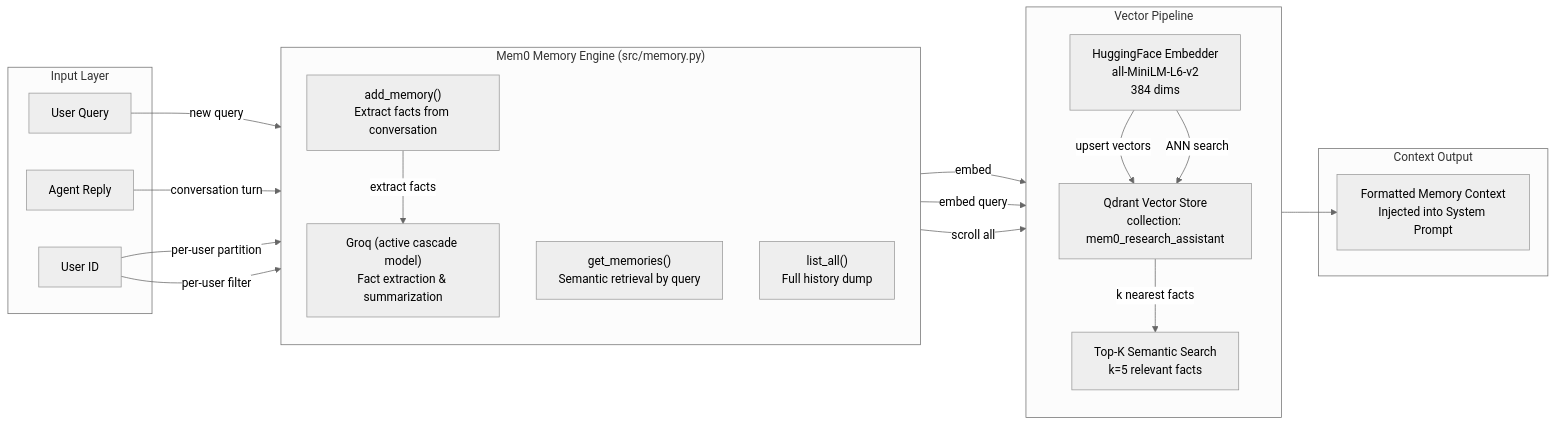
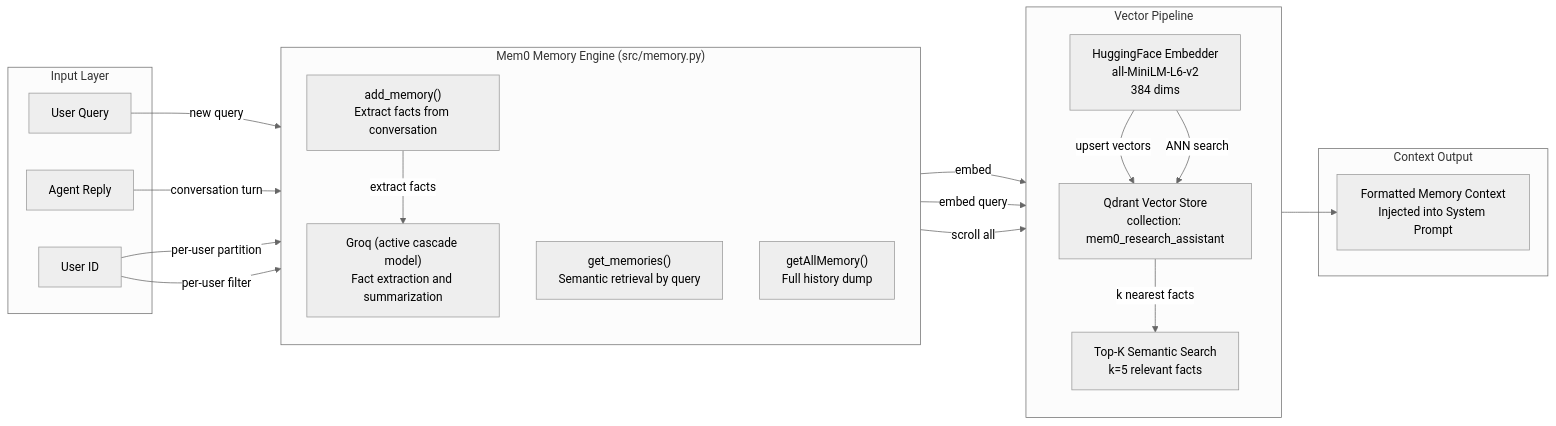
The fifth of 7 diagrams in readme.md (HAMZOO0/personal-research-agent), drawn with Mermaid (neutral theme) before and after one commit. The commit also changed other lines of this file and 19 other files, not shown here.

````diff
--- a/readme.md
+++ b/readme.md
@@ -274,43 +441,43 @@
 ```mermaid
 flowchart LR
     subgraph Input ["Input Layer"]
         Query["User Query"]
         Reply["Agent Reply"]
         UID["User ID"]
     end
 
     subgraph Mem0 ["Mem0 Memory Engine  (src/memory.py)"]
         direction TB
         AddMem["add_memory()\nExtract facts from conversation"]
         GetMem["get_memories()\nSemantic retrieval by query"]
-        ListMem["list_all()\nFull history dump"]
-        LLMExtract["Groq (active cascade model)\nFact extraction & summarization"]
+        ListMem["getAllMemory()\nFull history dump"]
+        LLMExtract["Groq (active cascade model)\nFact extraction and summarization"]
     end
 
     subgraph VectorPipeline ["Vector Pipeline"]
         direction TB
         Embedder["HuggingFace Embedder\nall-MiniLM-L6-v2\n384 dims"]
         QdrantMem["Qdrant Vector Store\ncollection: mem0_research_assistant"]
         TopK["Top-K Semantic Search\nk=5 relevant facts"]
     end
 
     subgraph Output ["Context Output"]
         MemCtx["Formatted Memory Context\nInjected into System Prompt"]
     end
 
     Query -->|"new query"| GetMem
     Reply -->|"conversation turn"| AddMem
     UID -->|"per-user partition"| AddMem
     UID -->|"per-user filter"| GetMem
 
     AddMem -->|"extract facts"| LLMExtract
     LLMExtract -->|"embed"| Embedder
     Embedder -->|"upsert vectors"| QdrantMem
 
     GetMem -->|"embed query"| Embedder
     Embedder -->|"ANN search"| QdrantMem
     QdrantMem -->|"k nearest facts"| TopK
     TopK --> MemCtx
 
     ListMem -->|"scroll all"| QdrantMem
 ```
````
